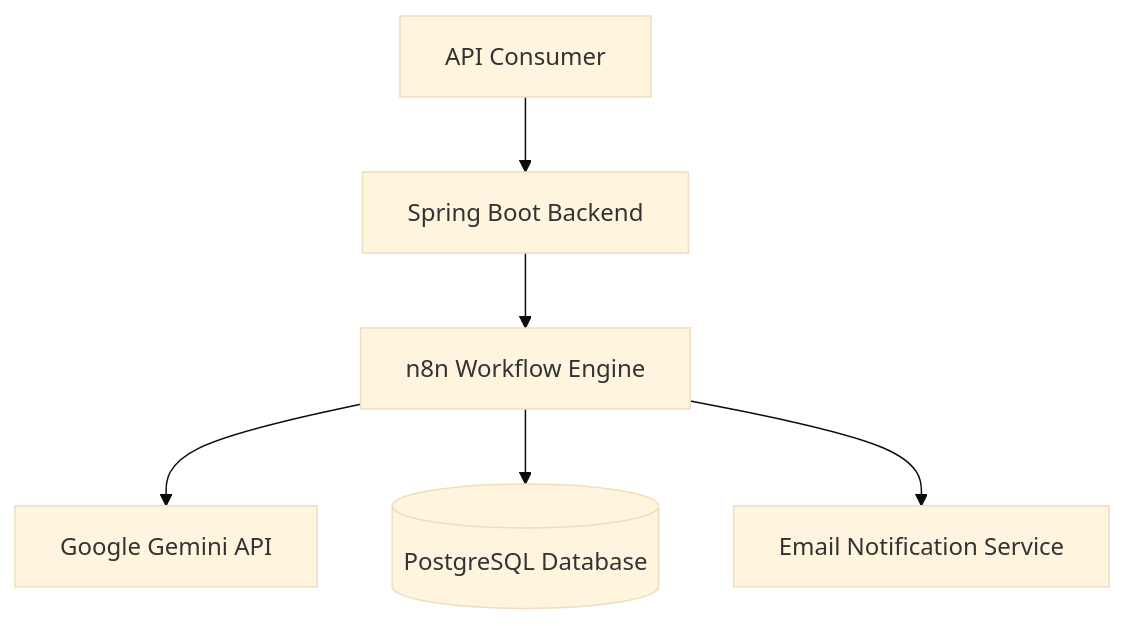
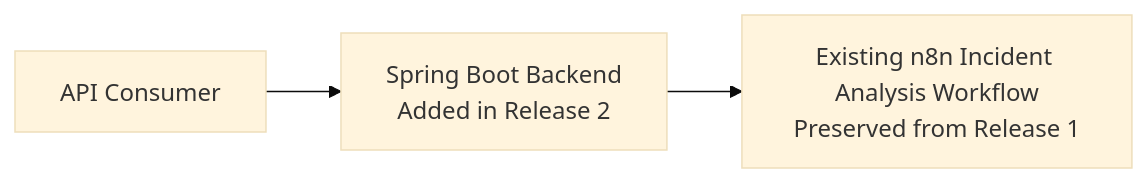
One commit to FarhaSerinNaaz/DevStream changed the diagram in docs/phase2/architecture.md. Above: the diagram before and after it, drawn with Mermaid (base theme). The commit also changed other lines of this file, not shown here.

Commit message:
Revise architecture documentation for Release 2
Updated the architecture documentation to reflect the introduction of a Spring Boot backend in Release 2, preserving the existing n8n workflow. Added a new flowchart to illustrate the updated system architecture.

````diff
--- a/docs/phase2/architecture.md
+++ b/docs/phase2/architecture.md
@@ -35,9 +37,5 @@
 ```mermaid
-flowchart TD
-    A[API Consumer] --> B[Spring Boot Backend]
-    B --> C[n8n Workflow Engine]
-
-    C --> D[Google Gemini API]
-    C --> E[(PostgreSQL Database)]
-    C --> F[Email Notification Service]
+flowchart LR
+    A[API Consumer] --> B[Spring Boot Backend<br/>Added in Release 2]
+    B --> C[Existing n8n Incident Analysis Workflow<br/>Preserved from Release 1]
 ```
````
